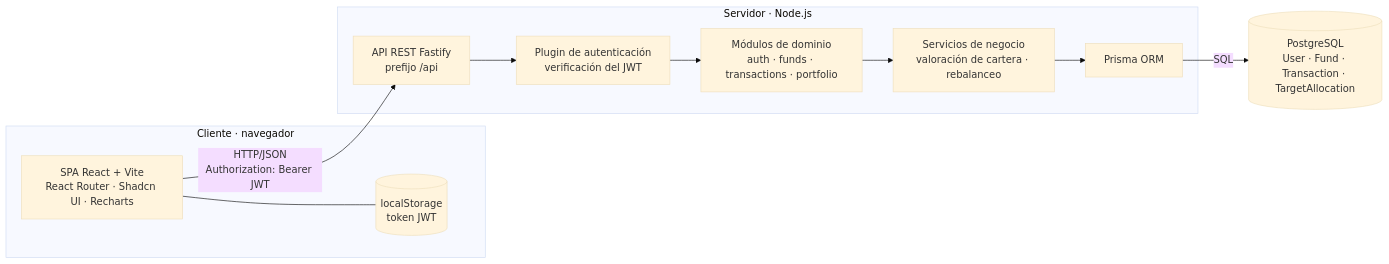
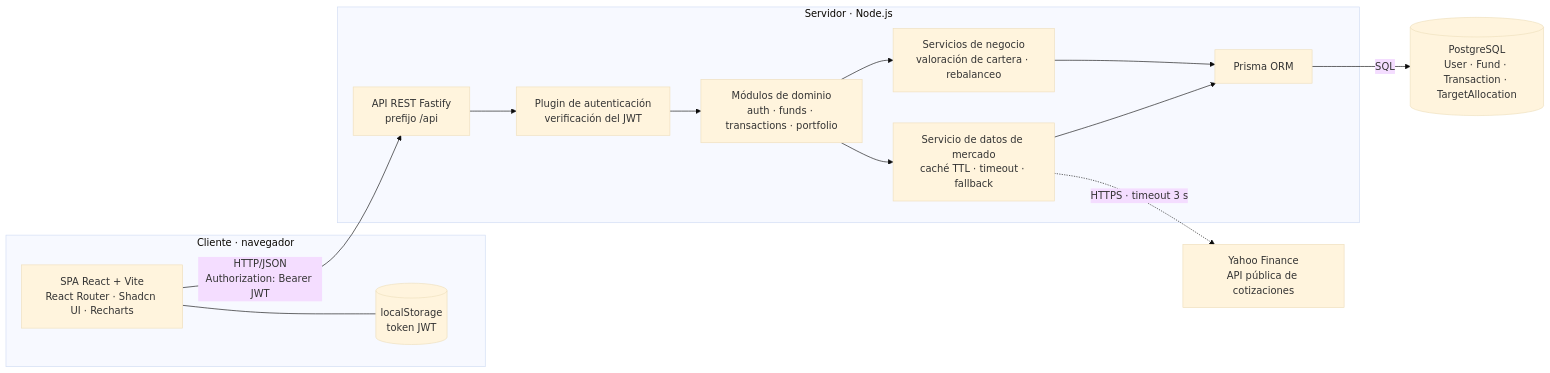
The first of 4 diagrams in DOCUMENTACION_TFM.md (Dominique691/gestor-carteras), drawn with Mermaid (base theme) before and after one commit. The commit also changed other lines of this file and 26 other files, not shown here.

First line of the commit message:
Integra datos de mercado reales (Yahoo Finance) y limita el catálogo a ETF

````diff
--- a/DOCUMENTACION_TFM.md
+++ b/DOCUMENTACION_TFM.md
@@ -29,22 +31,26 @@
 ```mermaid
 flowchart LR
     subgraph Cliente["Cliente · navegador"]
         SPA["SPA React + Vite<br/>React Router · Shadcn UI · Recharts"]
         LS[("localStorage<br/>token JWT")]
         SPA --- LS
     end
 
     subgraph Servidor["Servidor · Node.js"]
         API["API REST Fastify<br/>prefijo /api"]
         JWT["Plugin de autenticación<br/>verificación del JWT"]
         MOD["Módulos de dominio<br/>auth · funds · transactions · portfolio"]
         SVC["Servicios de negocio<br/>valoración de cartera · rebalanceo"]
+        MD["Servicio de datos de mercado<br/>caché TTL · timeout · fallback"]
         ORM["Prisma ORM"]
         API --> JWT --> MOD --> SVC --> ORM
+        MOD --> MD --> ORM
     end
 
     DB[("PostgreSQL<br/>User · Fund · Transaction · TargetAllocation")]
+    YF["Yahoo Finance<br/>API pública de cotizaciones"]
 
     SPA -- "HTTP/JSON<br/>Authorization: Bearer JWT" --> API
     ORM -- "SQL" --> DB
+    MD -. "HTTPS · timeout 3 s" .-> YF
 ```
````
